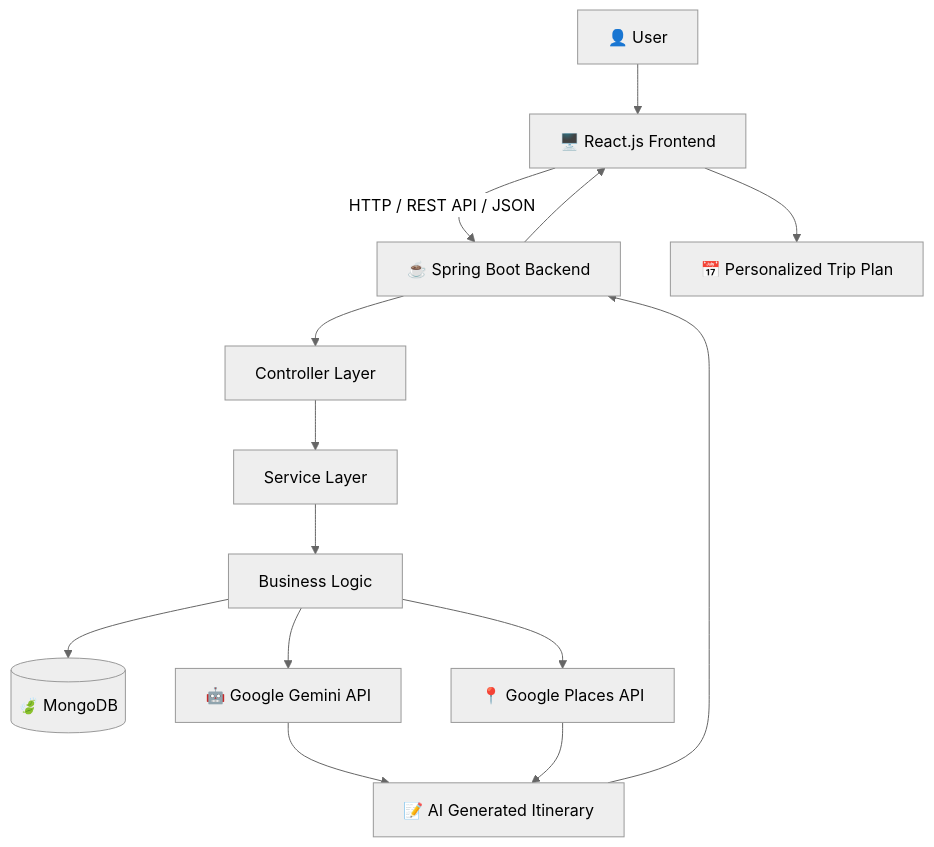
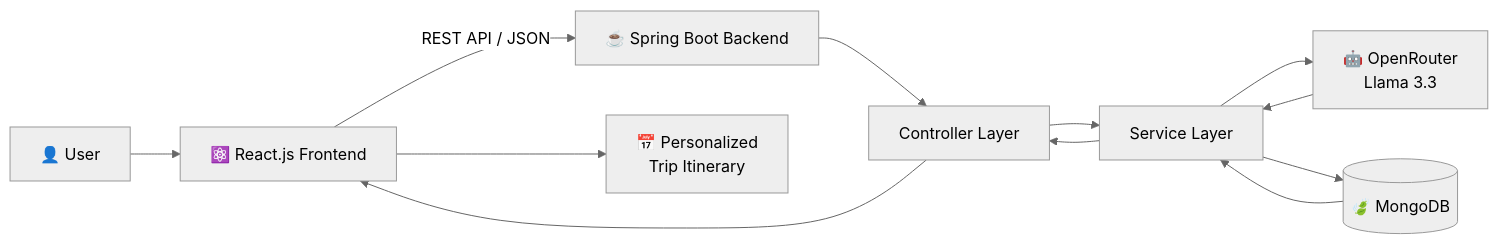
The first of 4 diagrams in README.md (prashantmane1207/AI-Based-Trip-Planner), drawn with Mermaid (neutral theme) before and after one commit. The commit also changed other lines of this file, not shown here.

````diff
--- a/README.md
+++ b/README.md
@@ -92,29 +48,20 @@
 ```mermaid
-flowchart TD
+flowchart LR
+    U[👤 User] --> F[⚛️ React.js Frontend]
 
-    A[👤 User] --> B[🖥️ React.js Frontend]
+    F -->|REST API / JSON| B[☕ Spring Boot Backend]
 
-    B -->|HTTP / REST API / JSON| C[☕ Spring Boot Backend]
+    B --> C[Controller Layer]
+    C --> S[Service Layer]
 
-    C --> D[Controller Layer]
+    S --> AI[🤖 OpenRouter<br/>Llama 3.3]
+    S --> DB[(🍃 MongoDB)]
 
-    D --> E[Service Layer]
+    AI --> S
+    DB --> S
 
-    E --> F[Business Logic]
+    S --> C
+    C --> F
 
-    F --> G[(🍃 MongoDB)]
-
-    F --> H[🤖 Google Gemini API]
-
-    F --> I[📍 Google Places API]
-
-    H --> J[📝 AI Generated Itinerary]
-
-    I --> J
-
-    J --> C
-
-    C --> B
-
-    B --> K[📅 Personalized Trip Plan]
+    F --> R[📅 Personalized<br/>Trip Itinerary]
 ```
````
